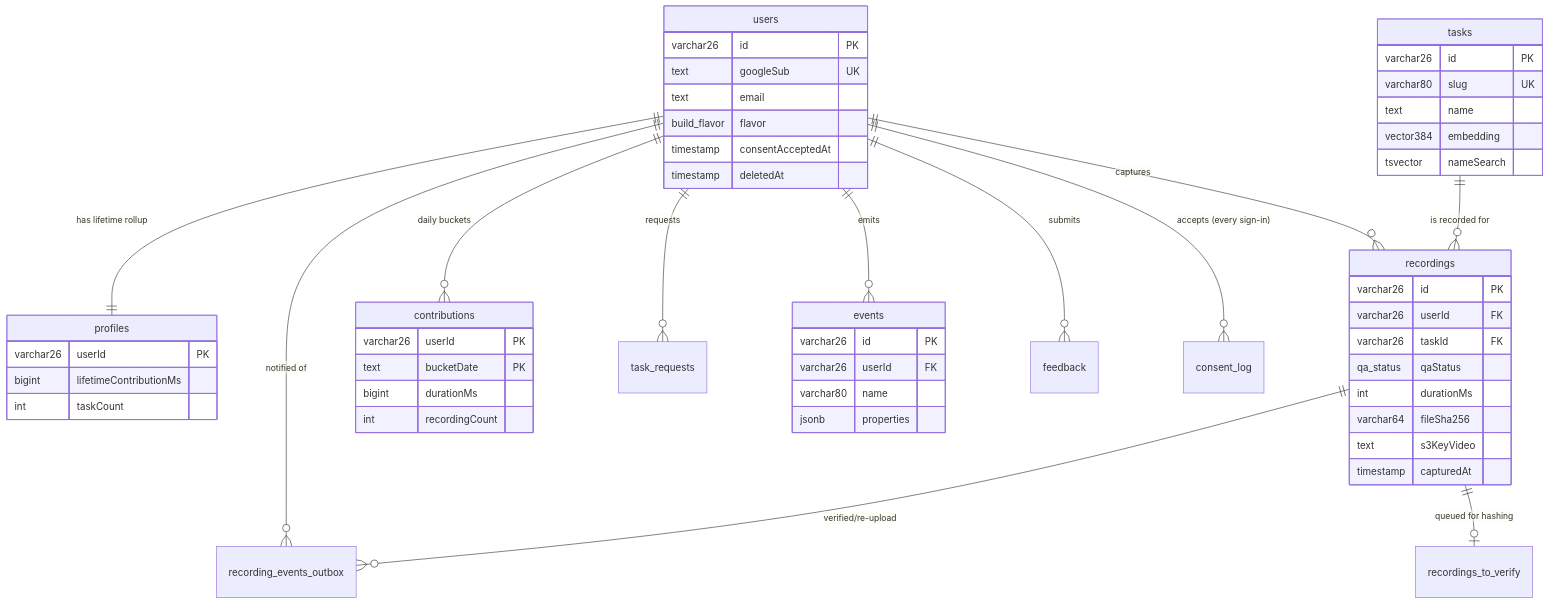
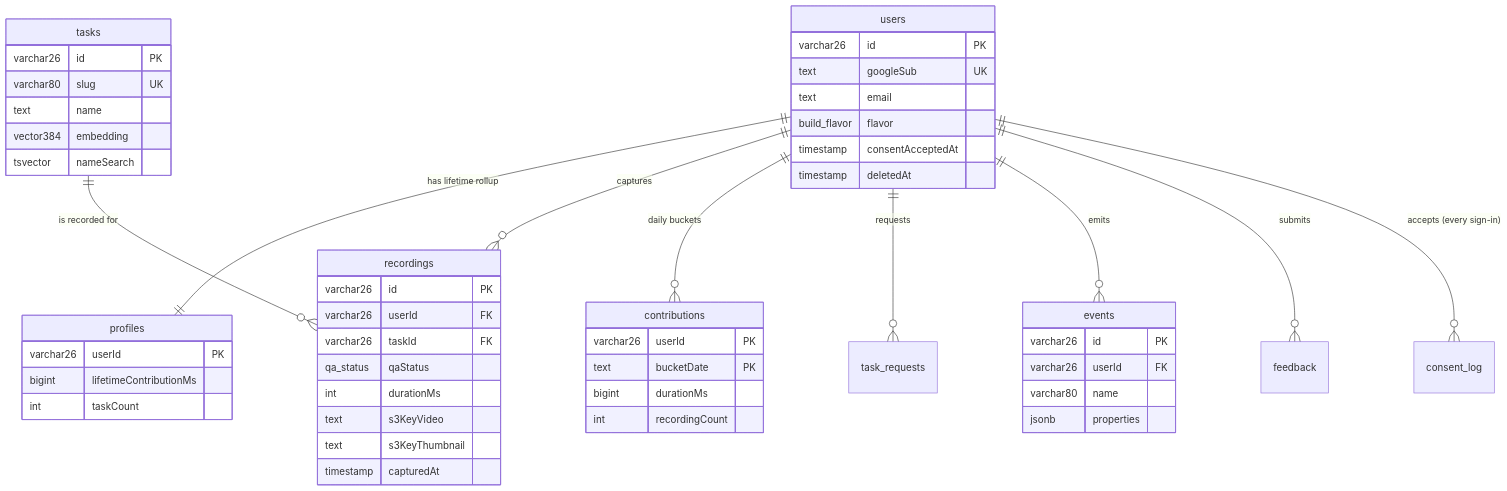
The second of 5 diagrams in DATA-MODEL.md (adnaanmhd/hl-homelander), drawn with Mermaid before and after one commit. The commit also changed other lines of this file and 160 other files, not shown here.

````diff
--- a/DATA-MODEL.md
+++ b/DATA-MODEL.md
@@ -284,57 +282,54 @@
 ```mermaid
 erDiagram
     users ||--|| profiles : "has lifetime rollup"
     users ||--o{ recordings : "captures"
     users ||--o{ contributions : "daily buckets"
     users ||--o{ task_requests : "requests"
     users ||--o{ events : "emits"
     users ||--o{ feedback : "submits"
     users ||--o{ consent_log : "accepts (every sign-in)"
-    users ||--o{ recording_events_outbox : "notified of"
     tasks  ||--o{ recordings : "is recorded for"
-    recordings ||--o| recordings_to_verify : "queued for hashing"
-    recordings ||--o{ recording_events_outbox : "verified/re-upload"
 
     users {
         varchar26 id PK
         text googleSub UK
         text email
         build_flavor flavor
         timestamp consentAcceptedAt
         timestamp deletedAt
     }
     recordings {
         varchar26 id PK
         varchar26 userId FK
         varchar26 taskId FK
         qa_status qaStatus
         int durationMs
-        varchar64 fileSha256
         text s3KeyVideo
+        text s3KeyThumbnail
         timestamp capturedAt
     }
     tasks {
         varchar26 id PK
         varchar80 slug UK
         text name
         vector384 embedding
         tsvector nameSearch
     }
     contributions {
         varchar26 userId PK
         text bucketDate PK
         bigint durationMs
         int recordingCount
     }
     profiles {
         varchar26 userId PK
         bigint lifetimeContributionMs
         int taskCount
     }
     events {
         varchar26 id PK
         varchar26 userId FK
         varchar80 name
         jsonb properties
     }
 ```
````
